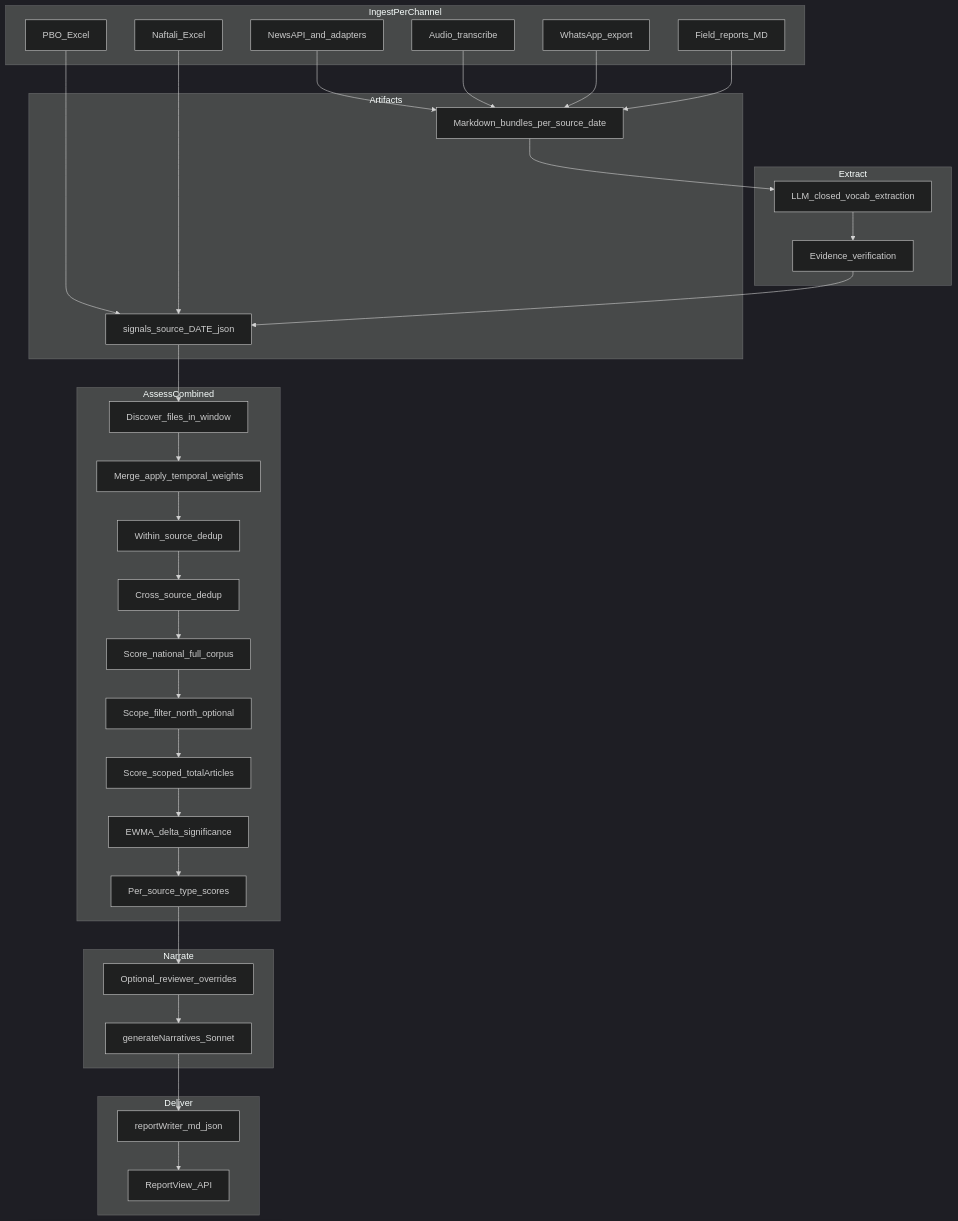
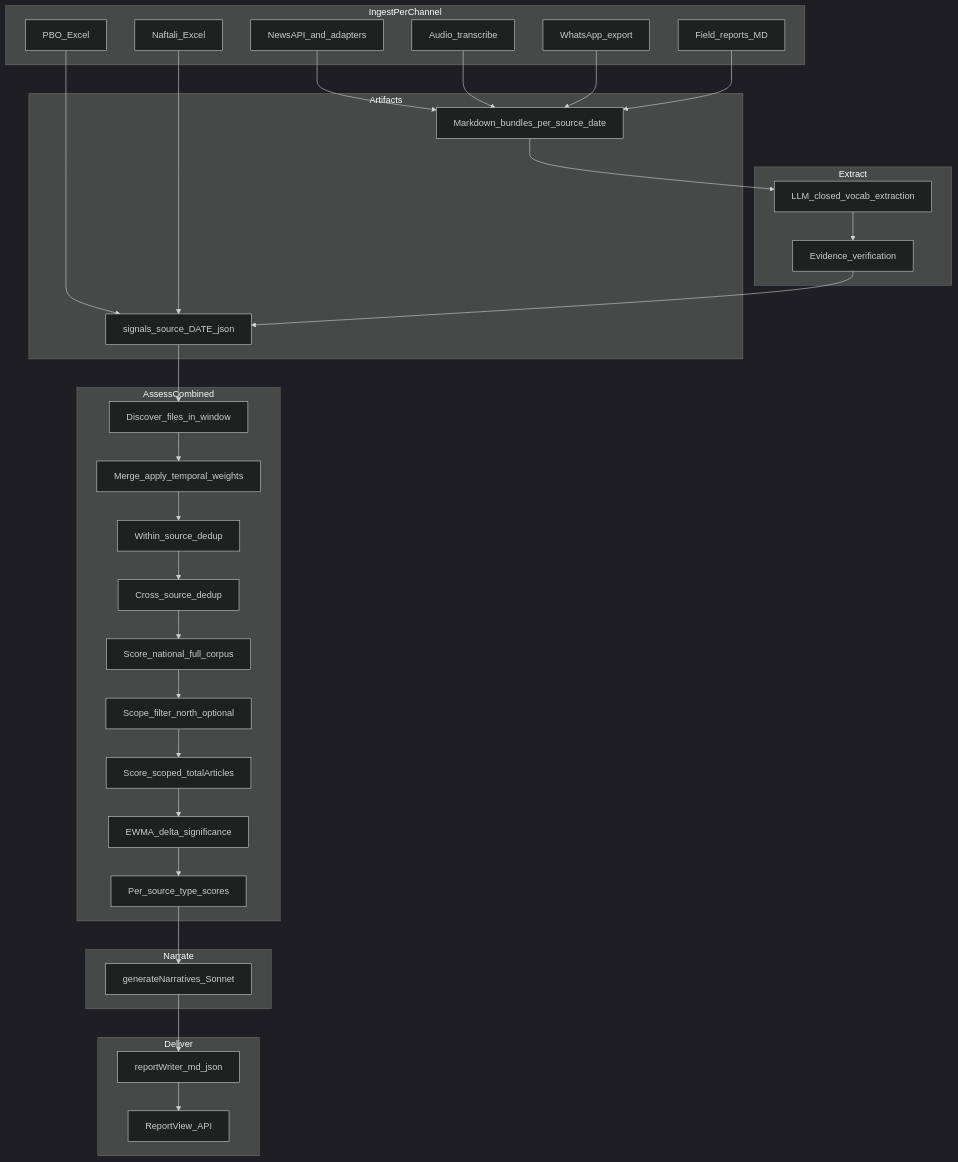
The diagram in docs/reviews/8-component-resilience-pipeline-notebooklm.md (anatolyZader/news-fetch), drawn with Mermaid (dark theme) before and after one commit. The commit also changed other lines of this file and 102 other files, not shown here.

First line of the commit message:
feat: geo envelope hardening, search trends module, remove reviewer overrides

````diff
--- a/docs/reviews/8-component-resilience-pipeline-notebooklm.md
+++ b/docs/reviews/8-component-resilience-pipeline-notebooklm.md
@@ -81,68 +81,66 @@
 ```mermaid
 flowchart TB
   subgraph ingest [IngestPerChannel]
     news[NewsAPI_and_adapters]
     audio[Audio_transcribe]
     wa[WhatsApp_export]
     field[Field_reports_MD]
     pbo[PBO_Excel]
     naftali[Naftali_Excel]
   end
 
   subgraph artifacts [Artifacts]
     md[Markdown_bundles_per_source_date]
     sigjson[signals_source_DATE_json]
   end
 
   subgraph extract [Extract]
     llmExtract[LLM_closed_vocab_extraction]
     verify[Evidence_verification]
   end
 
   subgraph assess [AssessCombined]
     discover[Discover_files_in_window]
     merge[Merge_apply_temporal_weights]
     dedupWithin[Within_source_dedup]
     dedupCross[Cross_source_dedup]
     scoreNat[Score_national_full_corpus]
     scopeFilter[Scope_filter_north_optional]
     scoreScoped[Score_scoped_totalArticles]
     deltaEnrich[EWMA_delta_significance]
     bySource[Per_source_type_scores]
   end
 
   subgraph narrate [Narrate]
-    overrides[Optional_reviewer_overrides]
     genNarr[generateNarratives_Sonnet]
   end
 
   subgraph deliver [Deliver]
     report[reportWriter_md_json]
     ui[ReportView_API]
   end
 
   news --> md
   audio --> md
   wa --> md
   field --> md
   pbo --> sigjson
   naftali --> sigjson
 
   md --> llmExtract
   llmExtract --> verify
   verify --> sigjson
 
   sigjson --> discover
   discover --> merge
   merge --> dedupWithin
   dedupWithin --> dedupCross
   dedupCross --> scoreNat
   scoreNat --> scopeFilter
   scopeFilter --> scoreScoped
   scoreScoped --> deltaEnrich
   deltaEnrich --> bySource
-  bySource --> overrides
-  overrides --> genNarr
+  bySource --> genNarr
   genNarr --> report
   report --> ui
 ```
````
